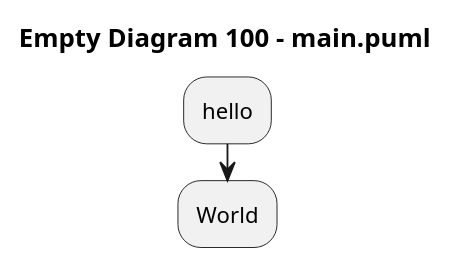
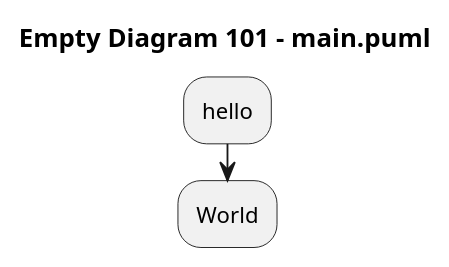
The diagram in main.puml (arwenvaughan/test1), drawn with PlantUML before and after one commit.

Commit message:
PlantText Commit: 101.

```diff
--- a/main.puml
+++ b/main.puml
@@ -1,7 +1,7 @@
 @startuml
 
-title Empty Diagram 100 - main.puml
+title Empty Diagram 101 - main.puml
 :hello;
 :World;
 
 @enduml
```
